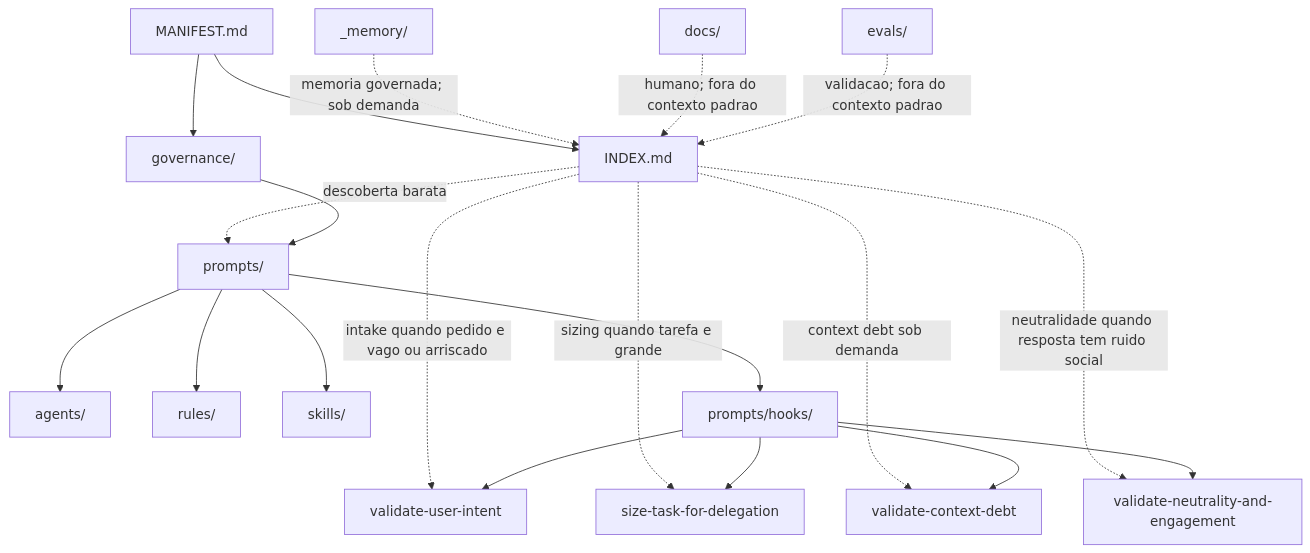
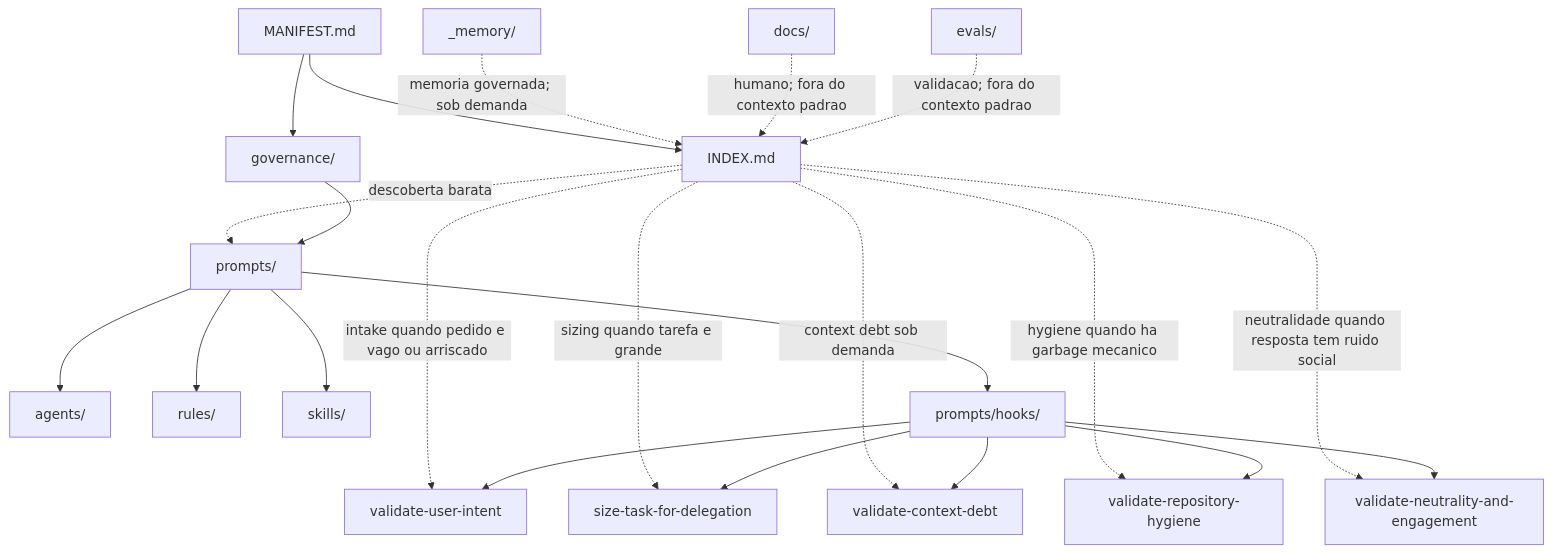
Before and after one commit to moreira-and/agent-ops: the diagram in README.md, drawn with Mermaid. The commit also changed other lines of this file and 14 other files, not shown here.

````diff
--- a/README.md
+++ b/README.md
@@ -44,22 +44,24 @@
 ```mermaid
 flowchart TD
     manifest["MANIFEST.md"] --> index["INDEX.md"]
     manifest --> governance["governance/"]
     index -. "intake quando pedido e vago ou arriscado" .-> intake["validate-user-intent"]
     index -. "sizing quando tarefa e grande" .-> sizing["size-task-for-delegation"]
     index -. "context debt sob demanda" .-> debt["validate-context-debt"]
+    index -. "hygiene quando ha garbage mecanico" .-> hygiene["validate-repository-hygiene"]
     index -. "neutralidade quando resposta tem ruido social" .-> neutrality["validate-neutrality-and-engagement"]
     index -. "descoberta barata" .-> prompts["prompts/"]
     governance --> prompts
     prompts --> agents["agents/"]
     prompts --> rules["rules/"]
     prompts --> skills["skills/"]
     prompts --> hooks["prompts/hooks/"]
     hooks --> intake
     hooks --> sizing
     hooks --> debt
+    hooks --> hygiene
     hooks --> neutrality
     memory["_memory/"] -. "memoria governada; sob demanda" .-> index
     docs["docs/"] -. "humano; fora do contexto padrao" .-> index
     evals["evals/"] -. "validacao; fora do contexto padrao" .-> index
 ```
````
